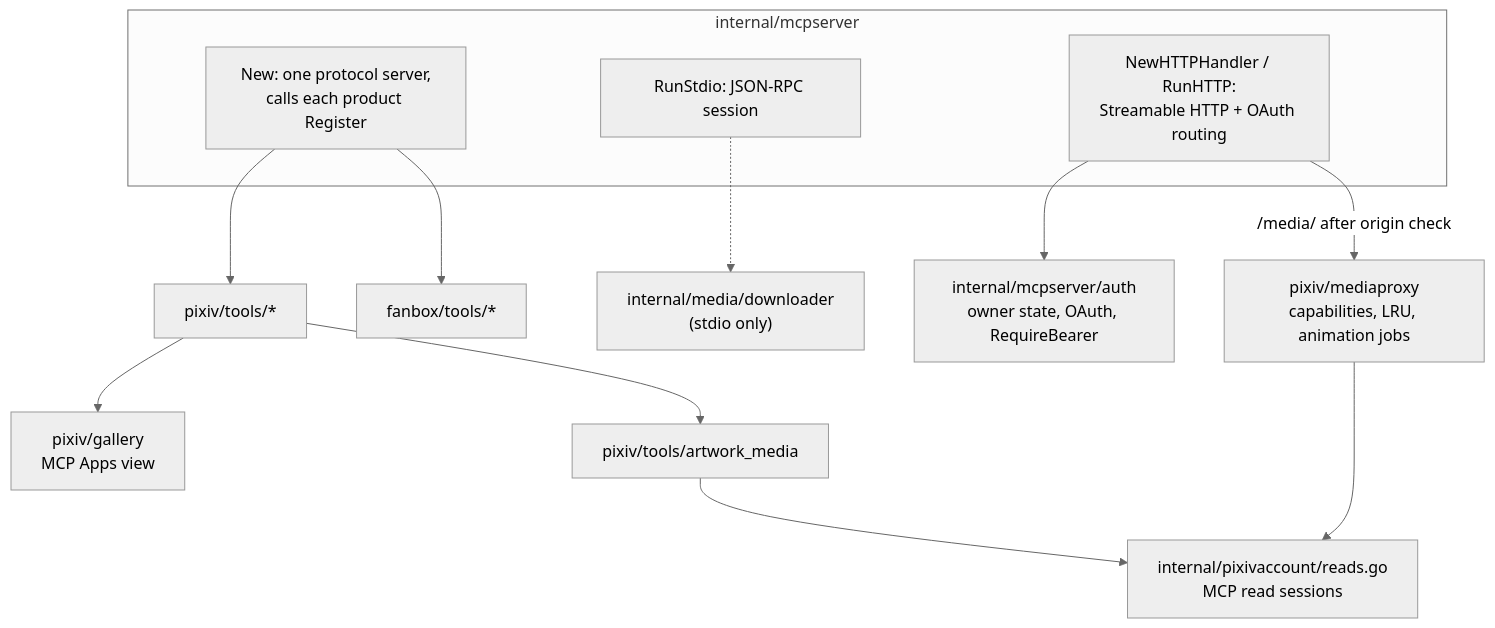
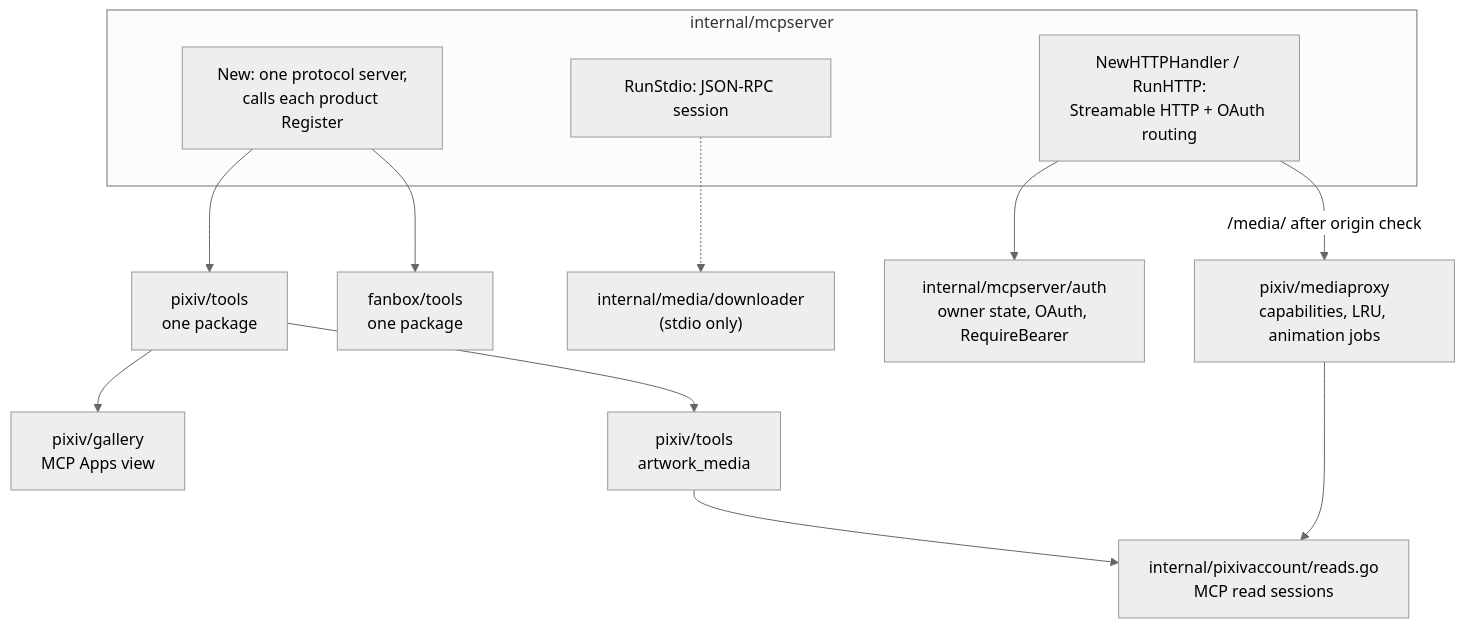
The first of 2 diagrams in docs/en/maintainers/architecture-mcp.md (FlanChanXwO/pixiv-cli), drawn with Mermaid (neutral theme) before and after one commit. The commit also changed other lines of this file and 96 other files, not shown here.

First line of the commit message:
refactor(mcp): merge each product's tools into one package (G10) (#174)

````diff
--- a/docs/en/maintainers/architecture-mcp.md
+++ b/docs/en/maintainers/architecture-mcp.md
@@ -7,22 +7,22 @@
 ```mermaid
 flowchart TB
     subgraph root["internal/mcpserver"]
         NEW["New: one protocol server,<br/>calls each product Register"]
         STDIO["RunStdio: JSON-RPC session"]
         HTTP["NewHTTPHandler / RunHTTP:<br/>Streamable HTTP + OAuth routing"]
     end
     AUTH["internal/mcpserver/auth<br/>owner state, OAuth, RequireBearer"]
-    PX["pixiv/tools/*"]
-    FB["fanbox/tools/*"]
+    PX["pixiv/tools<br/>one package"]
+    FB["fanbox/tools<br/>one package"]
     GAL["pixiv/gallery<br/>MCP Apps view"]
     MP["pixiv/mediaproxy<br/>capabilities, LRU, animation jobs"]
-    AM["pixiv/tools/artwork_media"]
+    AM["pixiv/tools<br/>artwork_media"]
     RS["internal/pixivaccount/reads.go<br/>MCP read sessions"]
     DL["internal/media/downloader<br/>(stdio only)"]
     NEW --> PX & FB
     HTTP --> AUTH
     HTTP -->|"/media/ after origin check"| MP
     PX --> GAL & AM
     AM & MP --> RS
     STDIO -.-> DL
 ```
````
